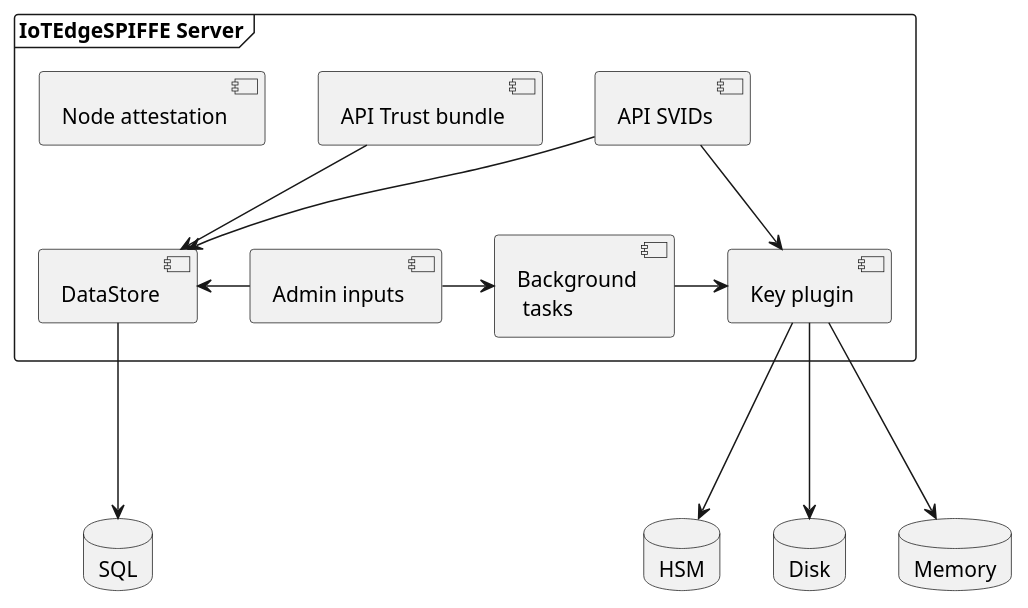
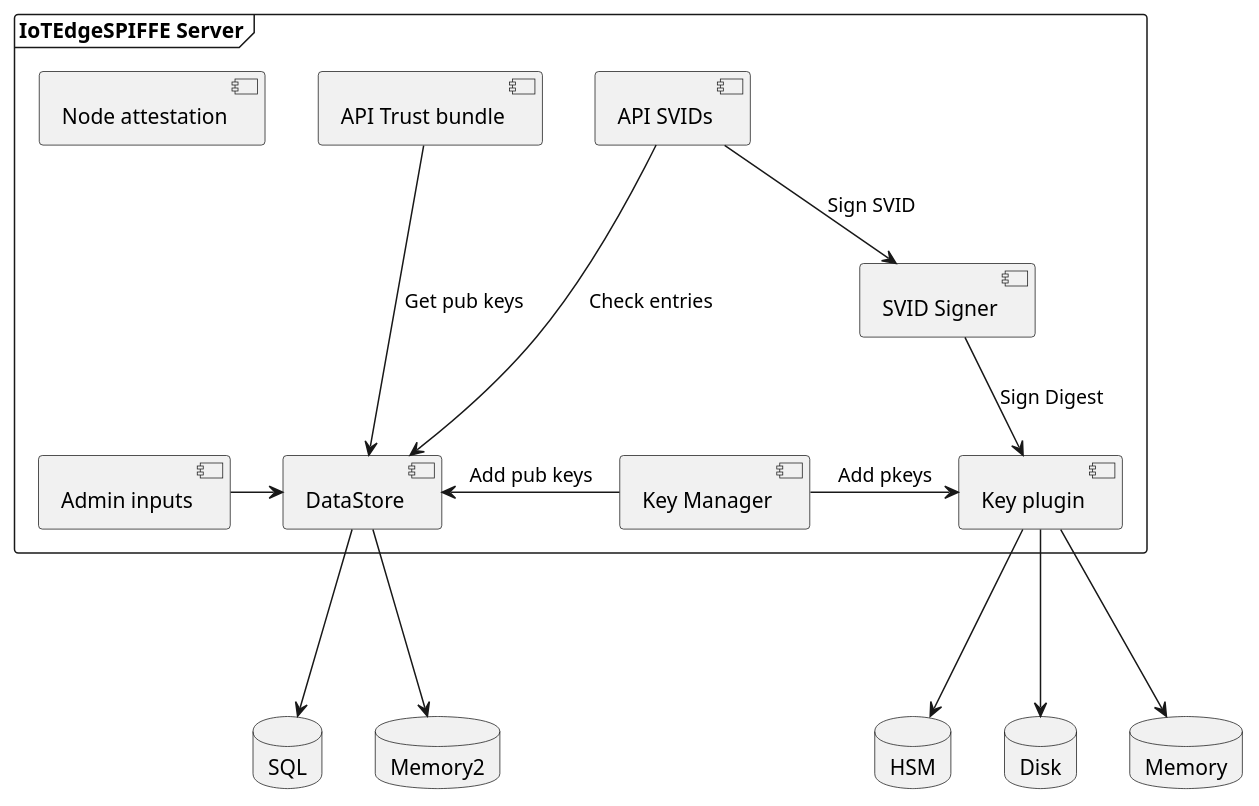
The diagram in docs/drawings/IoTEdge_SPIFFE_server.wsd (isabella232/E4K), drawn with PlantUML before and after one commit. The commit also changed 1 other file, not shown here.

```diff
--- a/docs/drawings/IoTEdge_SPIFFE_server.wsd
+++ b/docs/drawings/IoTEdge_SPIFFE_server.wsd
@@ -1,26 +1,31 @@
-@startuml IoTEdge SPIFFE Server
+@startuml IoTEdge SPIFFE server
 database "HSM"
 database "Disk"
 database "SQL"
 database "Memory"
+database "Memory2"
 
 frame "IoTEdgeSPIFFE Server" {
 
 [API SVIDs]-[hidden]left->[API Trust bundle]
 [API Trust bundle]-[hidden]left->[Node attestation]
-[Admin inputs]-left->[DataStore]
-[Admin inputs]-right->[Background\n tasks]
-[API Trust bundle] -down->[DataStore]
-[API SVIDs]-down->[Key plugin] 
-[API SVIDs]-down->[DataStore] 
-[Background\n tasks]-right->[Key plugin]
+[Admin inputs]-right->[DataStore]
+
+[API Trust bundle] -down->[DataStore]: Get pub keys
+[API SVIDs]-down-->[DataStore]: Check entries 
+[API SVIDs]-down->[SVID Signer]: Sign SVID 
+[SVID Signer]-down-> [Key plugin] : Sign Digest
+[Key Manager]-right->[Key plugin] : Add pkeys
+[Key Manager]-left->[DataStore] : Add pub keys
+
 [DataStore] --down->[SQL]
+[DataStore] --down->[Memory2]
 [Key plugin] --down->[Disk]
 [Key plugin] --down->[HSM]
 [Key plugin] --down->[Memory]
 }
 
 
 
 
 @enduml
```
